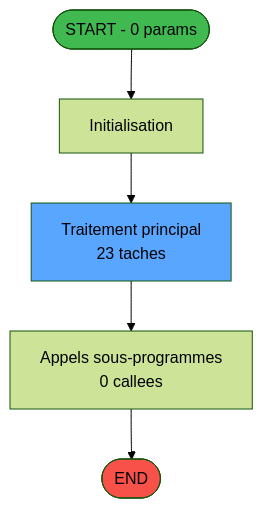
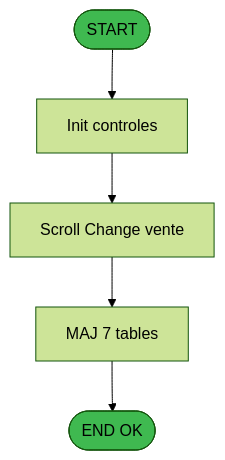
The second of 4 diagrams in .openspec/specs/ADH-IDE-25.md (thonyAGP/magic-migration), drawn with Mermaid (forest theme) before and after one commit. The commit also changed other lines of this file and 253 other files, not shown here.

````diff
--- a/.openspec/specs/ADH-IDE-25.md
+++ b/.openspec/specs/ADH-IDE-25.md
@@ -95,14 +2019,14 @@
 ```mermaid
 flowchart TD
-    START([START - 0 params])
-    INIT["Initialisation"]
-    PROCESS["Traitement principal<br/>23 taches"]
-    CALLS["Appels sous-programmes<br/>0 callees"]
-    ENDOK([END])
+    START([START])
+    INIT[Init controles]
+    SAISIE[Scroll Change vente]
+    UPDATE[MAJ 7 tables]
+    ENDOK([END OK])
 
-    START --> INIT --> PROCESS --> CALLS --> ENDOK
+    START --> INIT --> SAISIE
+    SAISIE --> UPDATE --> ENDOK
 
-    style START fill:#3fb950
-    style ENDOK fill:#f85149
-    style PROCESS fill:#58a6ff
+    style START fill:#3fb950,color:#000
+    style ENDOK fill:#3fb950,color:#000
 ```
````
